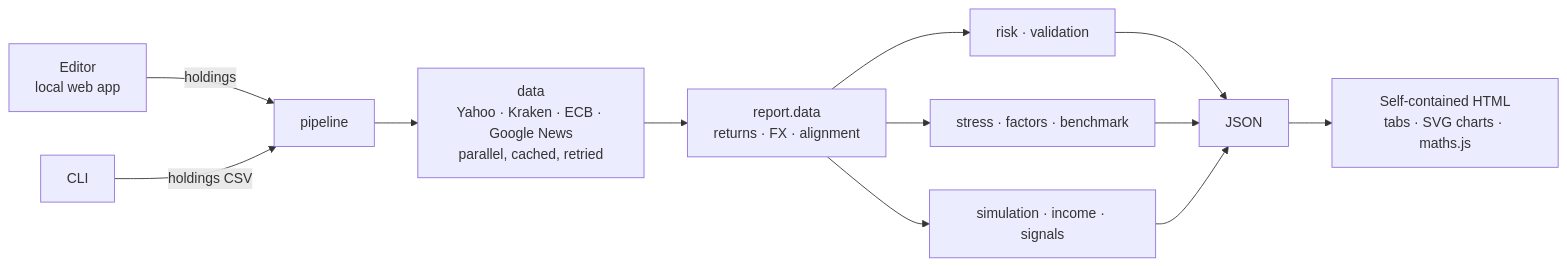
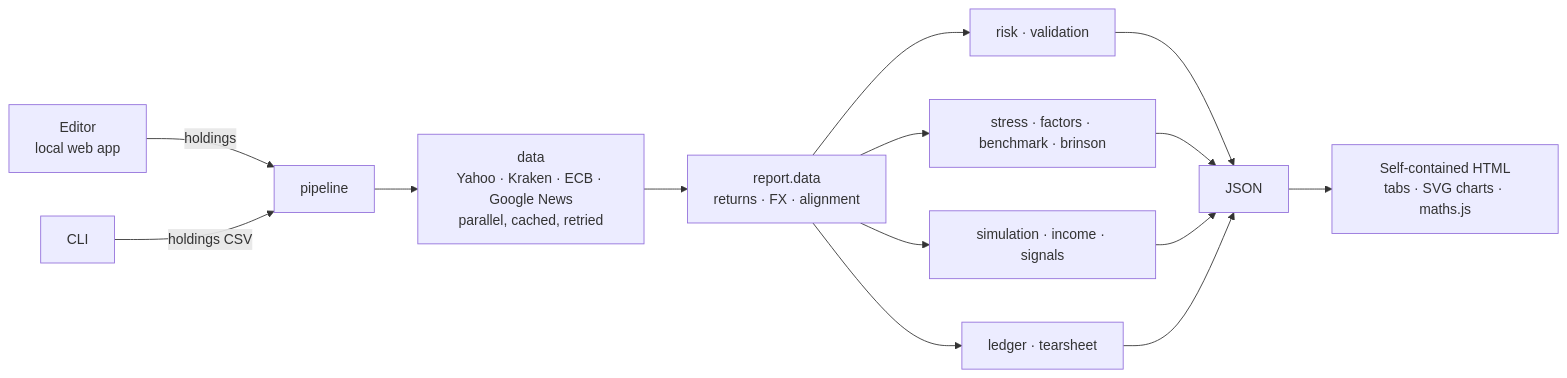
Before and after one commit to brnhflow/projeto-quant: the diagram in README.md, drawn with Mermaid. The commit also changed other lines of this file and 37 other files, not shown here.

````diff
--- a/README.md
+++ b/README.md
@@ -108,12 +117,13 @@
 ```mermaid
 flowchart LR
     A[Editor<br/>local web app] -->|holdings| P[pipeline]
     C[CLI] -->|holdings CSV| P
     P --> D[data<br/>Yahoo · Kraken · ECB · Google News<br/>parallel, cached, retried]
     D --> R[report.data<br/>returns · FX · alignment]
     R --> M1[risk · validation]
-    R --> M2[stress · factors · benchmark]
+    R --> M2[stress · factors · benchmark · brinson]
     R --> M3[simulation · income · signals]
-    M1 & M2 & M3 --> J[JSON]
+    R --> M4[ledger · tearsheet]
+    M1 & M2 & M3 & M4 --> J[JSON]
     J --> H[Self-contained HTML<br/>tabs · SVG charts · maths.js]
 ```
````
